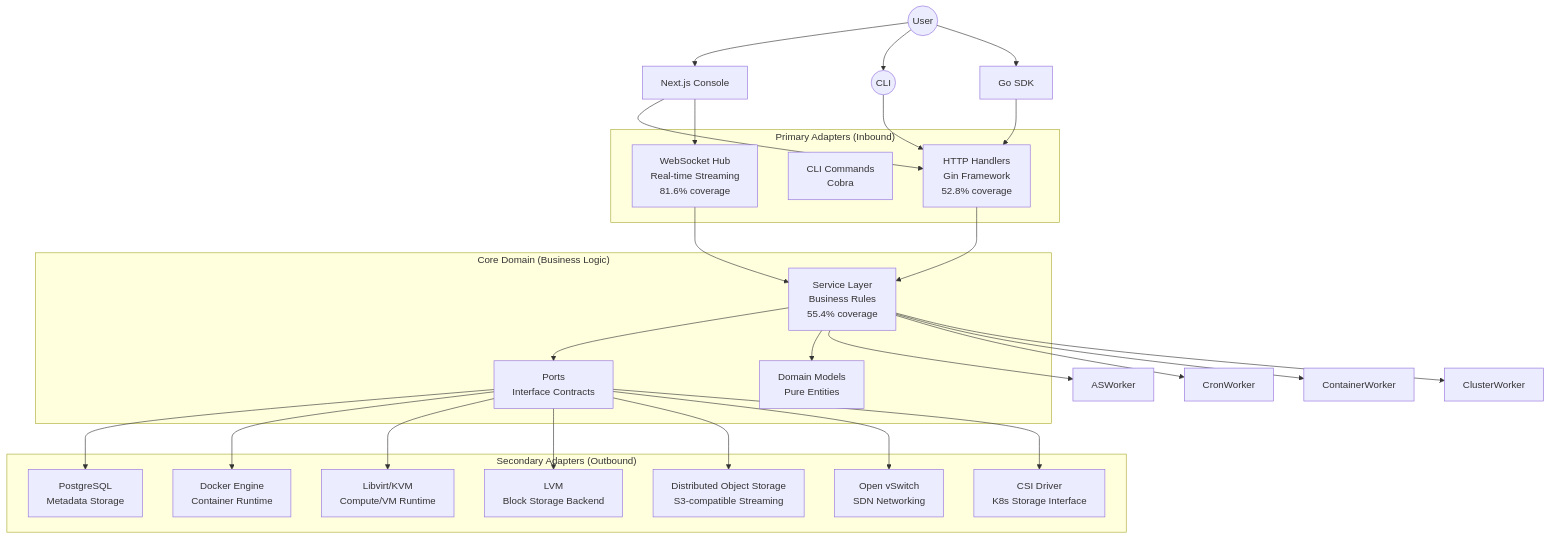
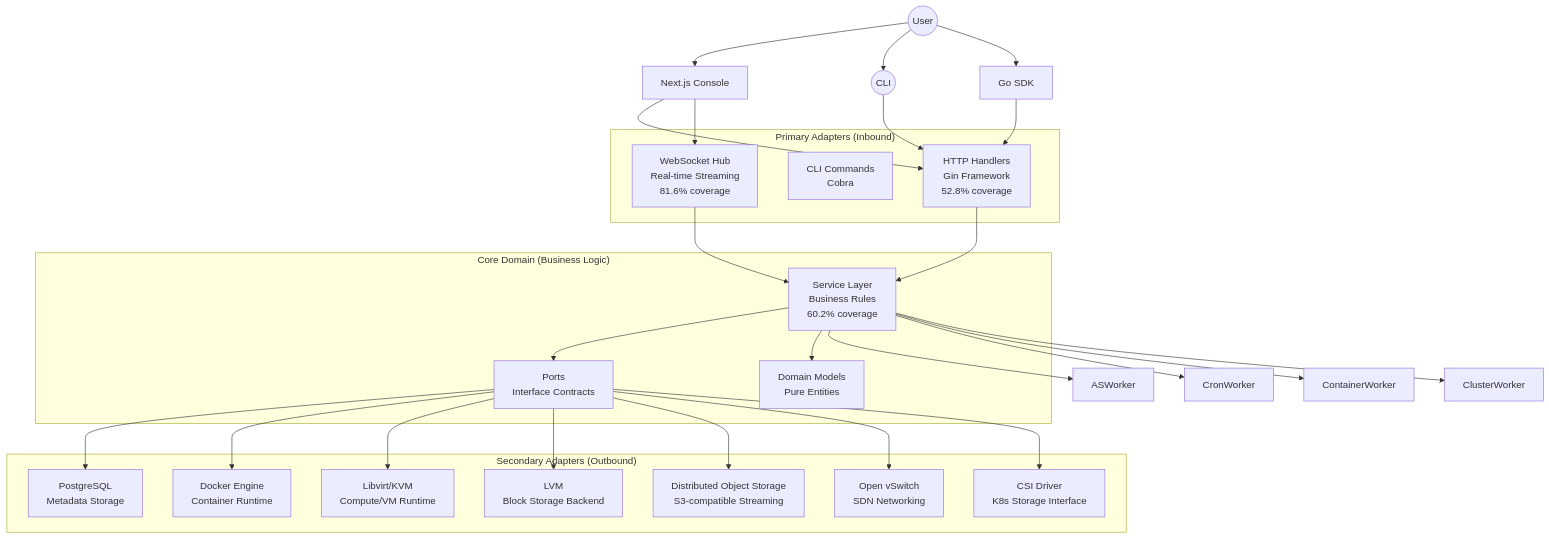
One commit to poyrazK/thecloud changed the diagram in docs/architecture.md. Above: the diagram before and after it, drawn with Mermaid. The commit also changed other lines of this file and 3 other files, not shown here.

````diff
--- a/docs/architecture.md
+++ b/docs/architecture.md
@@ -13,52 +13,52 @@
 ```mermaid
 graph TB
     User((User))
     CLI((CLI))
     Console[Next.js Console]
     SDK[Go SDK]
 
     subgraph "Primary Adapters (Inbound)"
         Handler[HTTP Handlers<br/>Gin Framework<br/>52.8% coverage]
         Cmd[CLI Commands<br/>Cobra]
         WS[WebSocket Hub<br/>Real-time Streaming<br/>81.6% coverage]
     end
 
     subgraph "Core Domain (Business Logic)"
-        Service[Service Layer<br/>Business Rules<br/>55.4% coverage]
+        Service[Service Layer<br/>Business Rules<br/>60.2% coverage]
         Domain[Domain Models<br/>Pure Entities]
         Ports[Ports<br/>Interface Contracts]
     end
 
     subgraph "Secondary Adapters (Outbound)"
         RepoPG[PostgreSQL<br/>Metadata Storage]
         RepoDocker[Docker Engine<br/>Container Runtime]
         RepoLibvirt[Libvirt/KVM<br/>Compute/VM Runtime]
         RepoLVM[LVM<br/>Block Storage Backend]
         RepoFS[Distributed Object Storage<br/>S3-compatible Streaming]
         RepoOVS[Open vSwitch<br/>SDN Networking]
         RepoCSI[CSI Driver<br/>K8s Storage Interface]
     end
 
     User --> Console
     User --> CLI
     User --> SDK
     Console --> Handler
     Console --> WS
     CLI --> Handler
     SDK --> Handler
     Handler --> Service
     WS --> Service
     Service --> Ports
     Service --> Domain
     Ports --> RepoPG
     Ports --> RepoDocker
     Ports --> RepoLibvirt
     Ports --> RepoLVM
     Ports --> RepoFS
     Ports --> RepoOVS
     Ports --> RepoCSI
     Service --> ASWorker
     Service --> CronWorker
     Service --> ContainerWorker
     Service --> ClusterWorker
 ```
````
